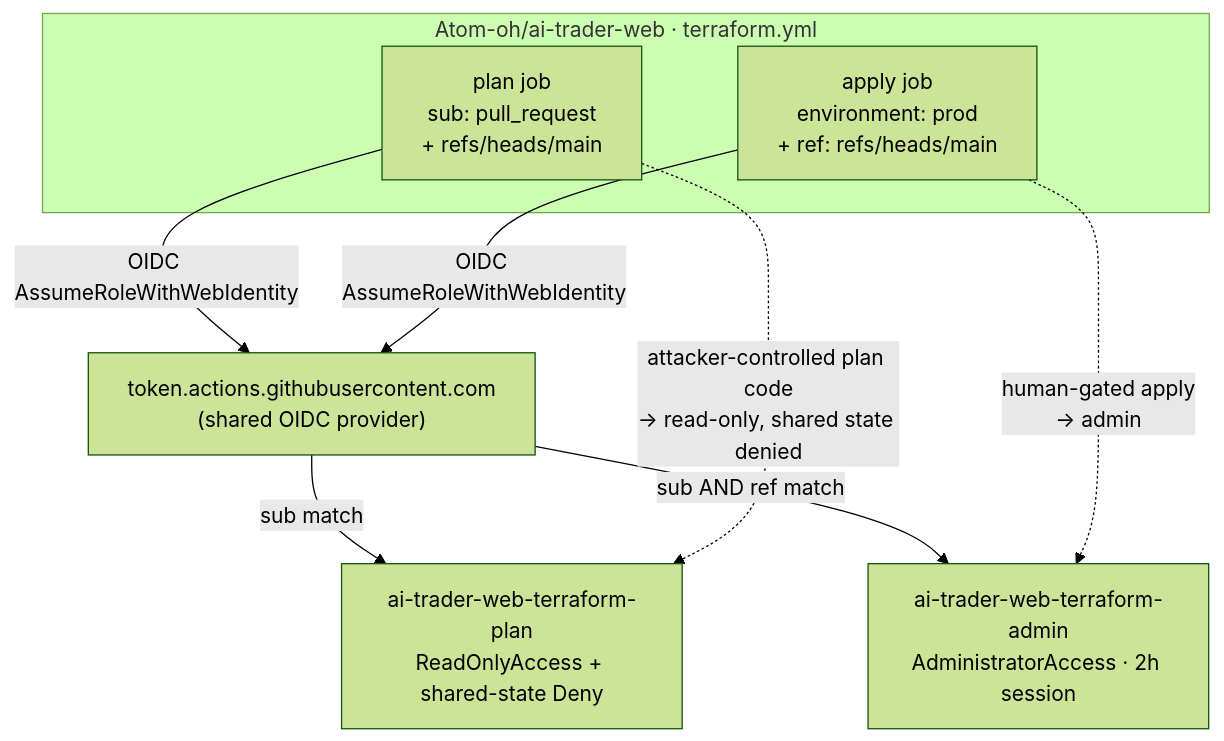
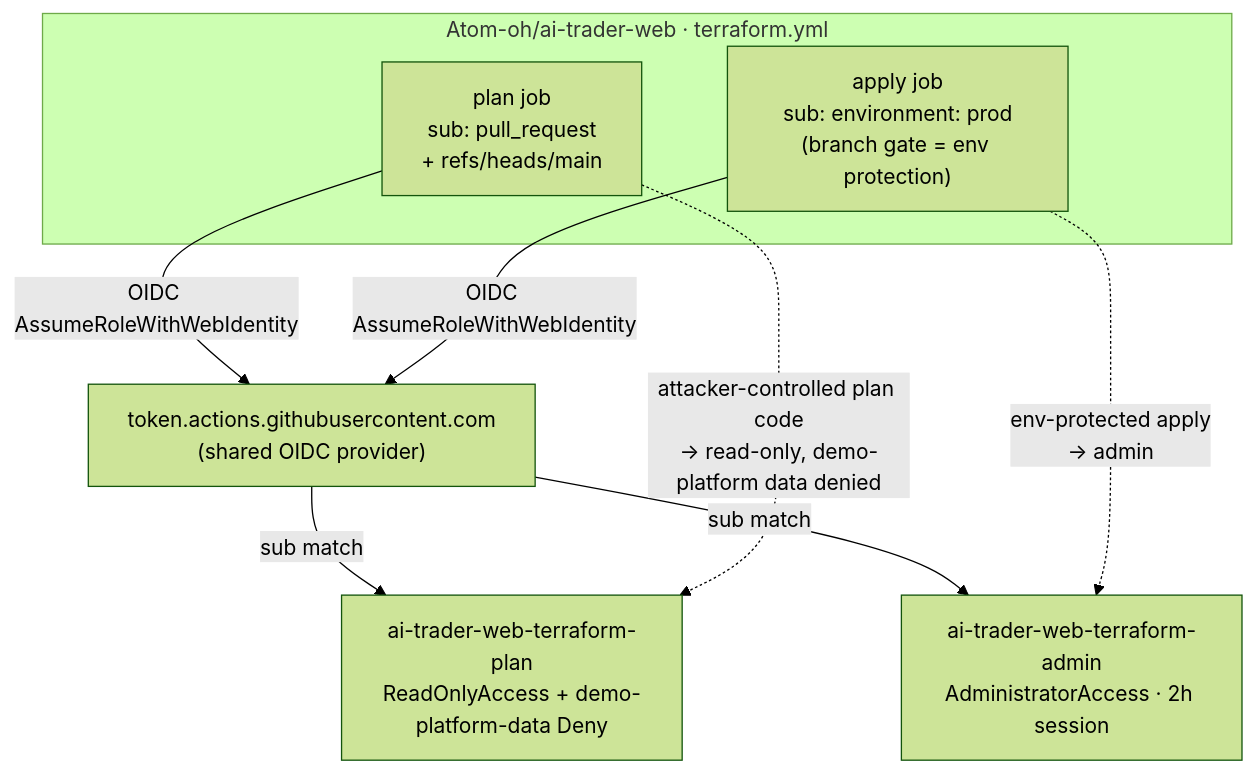
The first of 2 diagrams in docs/decisions/ADR-012-ai-trader-web-oidc-plan-apply-split.md (Atom-oh/AWS-Demo-Platform), drawn with Mermaid (forest theme) before and after one commit. The commit also changed other lines of this file and 2 other files, not shown here.

First line of the commit message:
fix(iam): drop non-evaluable ref trust condition; extend plan-role Deny (PR #69 review)

````diff
--- a/docs/decisions/ADR-012-ai-trader-web-oidc-plan-apply-split.md
+++ b/docs/decisions/ADR-012-ai-trader-web-oidc-plan-apply-split.md
@@ -73,16 +77,16 @@
 ```mermaid
 flowchart TD
     subgraph gh["Atom-oh/ai-trader-web · terraform.yml"]
         pr["plan job<br/>sub: pull_request<br/>+ refs/heads/main"]
-        ap["apply job<br/>environment: prod<br/>+ ref: refs/heads/main"]
+        ap["apply job<br/>sub: environment: prod<br/>(branch gate = env protection)"]
     end
     oidc["token.actions.githubusercontent.com<br/>(shared OIDC provider)"]
-    plan["ai-trader-web-terraform-plan<br/>ReadOnlyAccess + shared-state Deny"]
+    plan["ai-trader-web-terraform-plan<br/>ReadOnlyAccess + demo-platform-data Deny"]
     admin["ai-trader-web-terraform-admin<br/>AdministratorAccess · 2h session"]
     pr -->|OIDC AssumeRoleWithWebIdentity| oidc
     ap -->|OIDC AssumeRoleWithWebIdentity| oidc
     oidc -->|sub match| plan
-    oidc -->|sub AND ref match| admin
-    pr -.->|"attacker-controlled plan code<br/>→ read-only, shared state denied"| plan
-    ap -.->|"human-gated apply<br/>→ admin"| admin
+    oidc -->|sub match| admin
+    pr -.->|"attacker-controlled plan code<br/>→ read-only, demo-platform data denied"| plan
+    ap -.->|"env-protected apply<br/>→ admin"| admin
 ```
````
